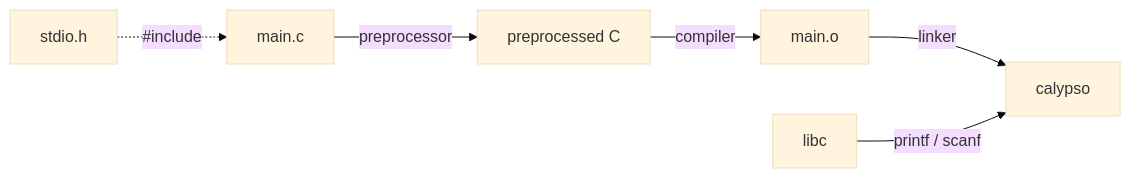
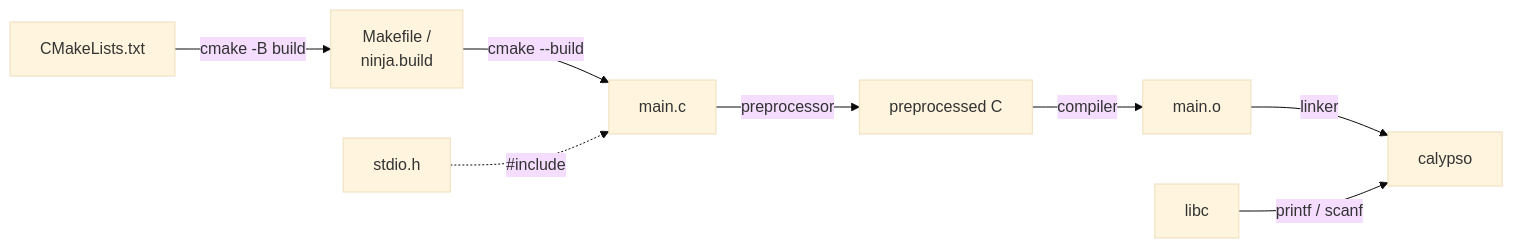
Before and after one commit to deanvons/Calypso: the diagram in README.md, drawn with Mermaid (base theme). The commit also changed other lines of this file, not shown here.

Commit message:
DOCS: add CMake note and updated pipeline diagram to phase-01 README

````diff
--- a/README.md
+++ b/README.md
@@ -73,8 +75,10 @@
 ```mermaid
 flowchart LR
-    A["main.c"] -->|preprocessor| B["preprocessed C"]
+    Z["CMakeLists.txt"] -->|"cmake -B build"| Y["Makefile /\nninja.build"]
+    Y -->|"cmake --build"| A["main.c"]
+    A -->|preprocessor| B["preprocessed C"]
     B -->|compiler| C["main.o"]
     C -->|linker| D["calypso"]
     E["stdio.h"] -.->|"#include"| A
     F["libc"] -->|"printf / scanf"| D
 ```
````
